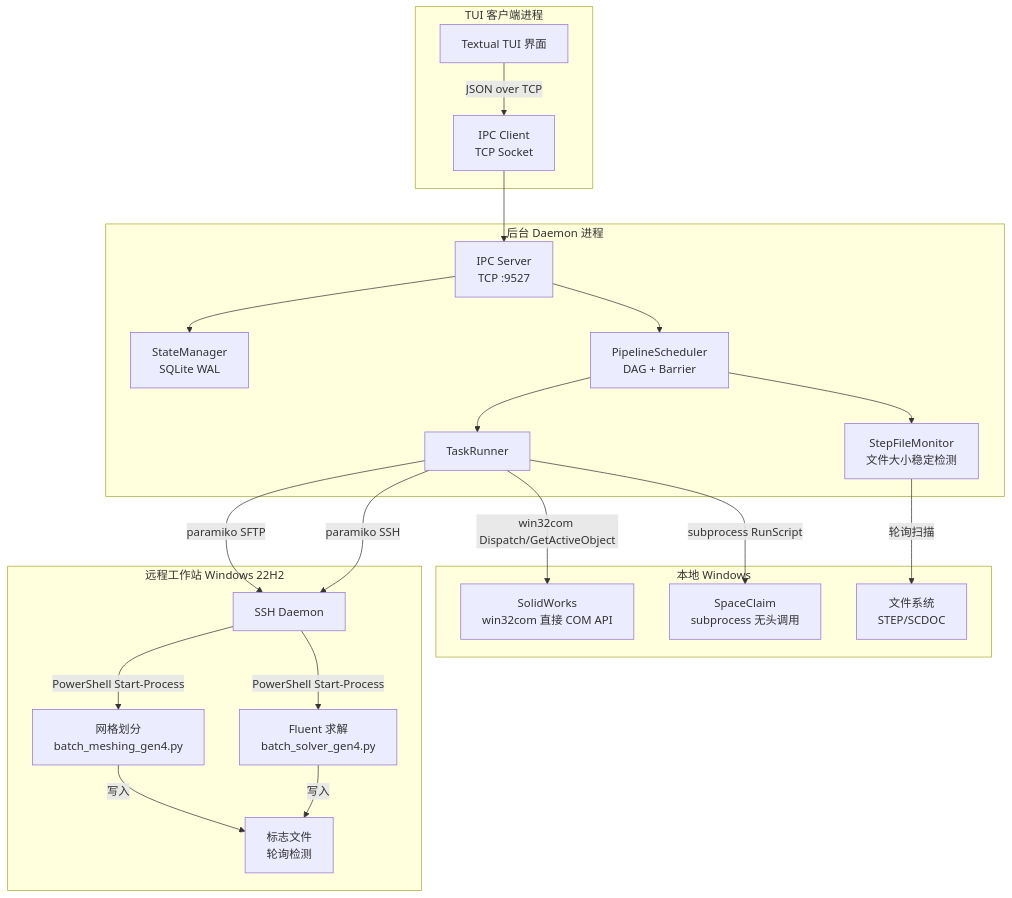
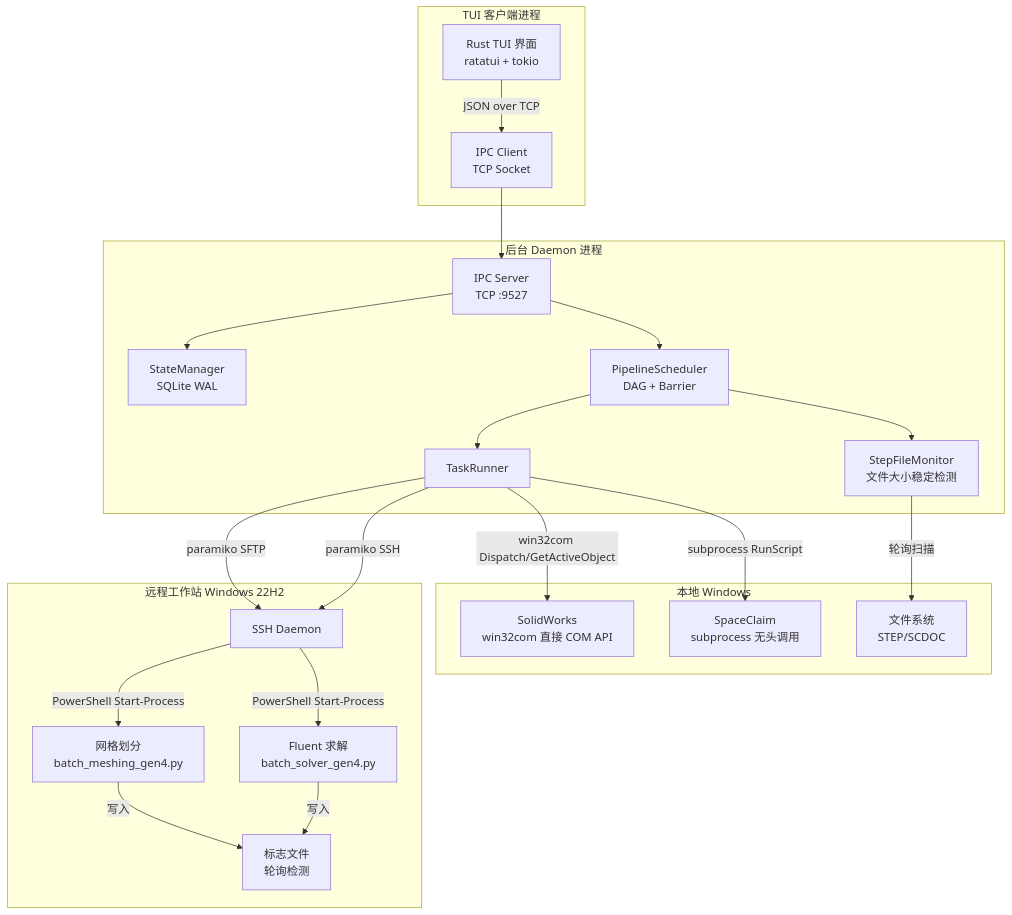
Before and after one commit to Hab1nA/AutoFluidSimulation: the first of 2 diagrams in README.md, drawn with Mermaid. The commit also changed other lines of this file and 11 other files, not shown here.

First line of the commit message:
refactor!: 移除 Python Textual TUI 界面，统一使用 Rust ratatui TUI

````diff
--- a/README.md
+++ b/README.md
@@ -62,44 +62,44 @@
 ```mermaid
 graph TB
     subgraph "TUI 客户端进程"
-        TUI[Textual TUI 界面]
+        TUI[Rust TUI 界面<br/>ratatui + tokio]
         IPC_C[IPC Client<br/>TCP Socket]
     end
 
     subgraph "后台 Daemon 进程"
         IPC_S[IPC Server<br/>TCP :9527]
         SM[StateManager<br/>SQLite WAL]
         SCH[PipelineScheduler<br/>DAG + Barrier]
         TR[TaskRunner]
         FM[StepFileMonitor<br/>文件大小稳定检测]
     end
 
     subgraph "本地 Windows"
         SW[SolidWorks<br/>win32com 直接 COM API]
         SC[SpaceClaim<br/>subprocess 无头调用]
         FS[文件系统<br/>STEP/SCDOC]
     end
 
     subgraph "远程工作站 Windows 22H2"
         SSH[SSH Daemon]
         MESH[网格划分<br/>batch_meshing_gen4.py]
         SOLVER[Fluent 求解<br/>batch_solver_gen4.py]
         FLAGS[标志文件<br/>轮询检测]
     end
 
     TUI -->|JSON over TCP| IPC_C
     IPC_C --> IPC_S
     IPC_S --> SM
     IPC_S --> SCH
     SCH --> FM
     SCH --> TR
     TR -->|win32com Dispatch/GetActiveObject| SW
     TR -->|subprocess RunScript| SC
     TR -->|paramiko SFTP| SSH
     TR -->|paramiko SSH| SSH
     SSH -->|PowerShell Start-Process| MESH
     SSH -->|PowerShell Start-Process| SOLVER
     FM -->|轮询扫描| FS
     MESH -->|写入| FLAGS
     SOLVER -->|写入| FLAGS
 ```
````
